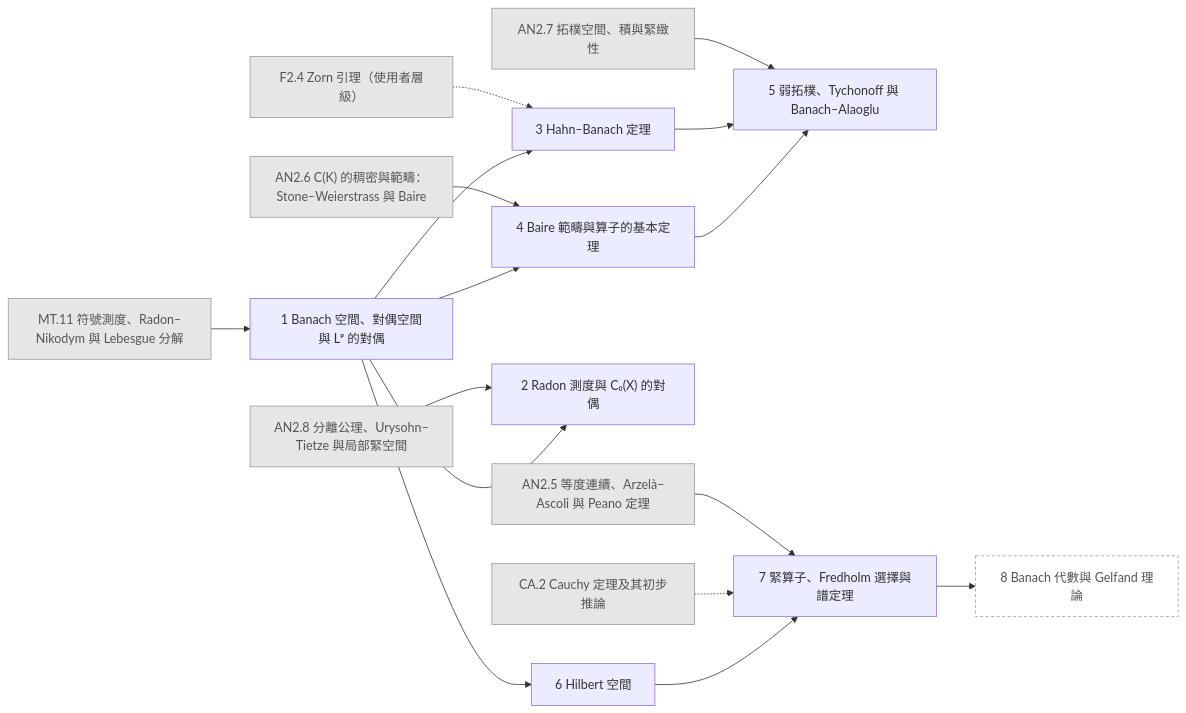
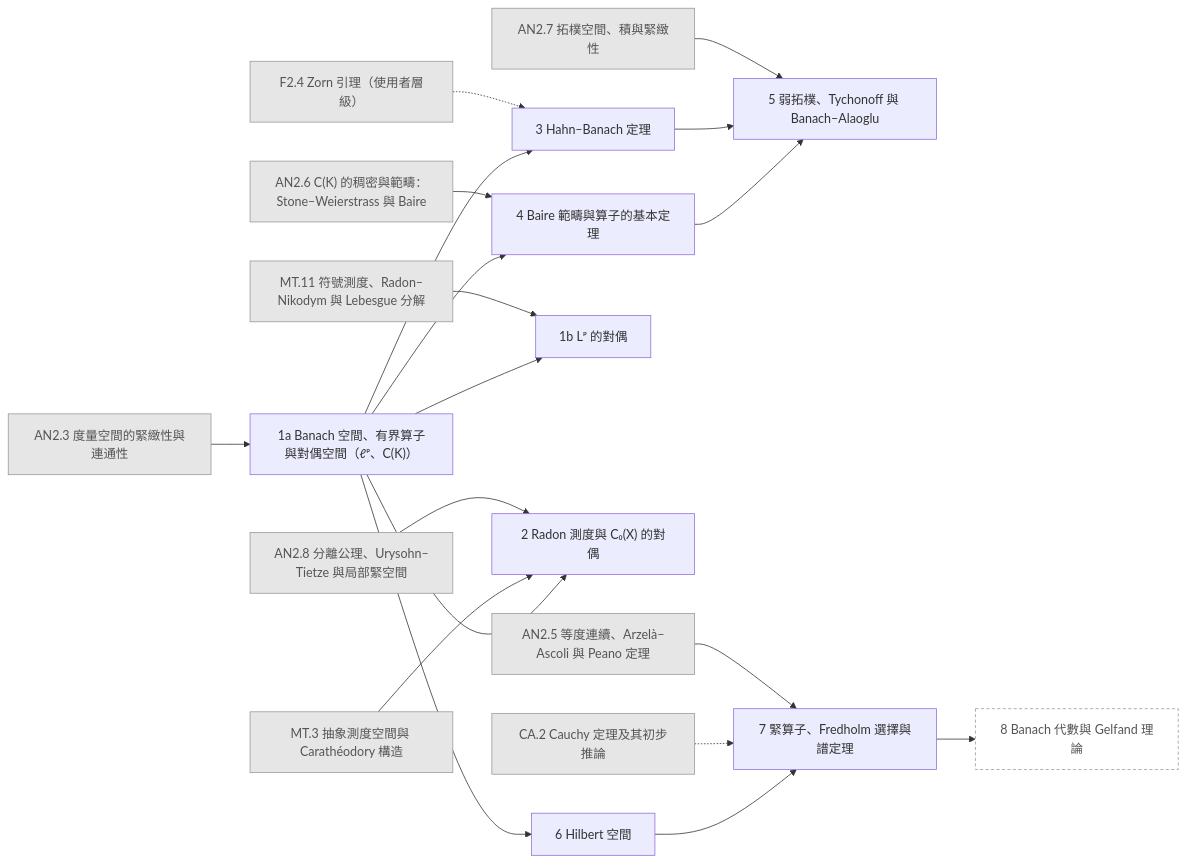
One commit to AkizumiFox/math-atlas changed the diagram in generated/chapters/FA.mmd. Above: the diagram before and after it, drawn with Mermaid. The commit also changed 11 other files, not shown here.

```diff
--- a/generated/chapters/FA.mmd
+++ b/generated/chapters/FA.mmd
@@ -1,34 +1,40 @@
 flowchart LR
   F2_4["F2.4 Zorn 引理（使用者層級）"]:::ext
+  AN2_3["AN2.3 度量空間的緊緻性與連通性"]:::ext
   AN2_5["AN2.5 等度連續、Arzelà–Ascoli 與 Peano 定理"]:::ext
   AN2_6["AN2.6 C(K) 的稠密與範疇：Stone–Weierstrass 與 Baire"]:::ext
   AN2_7["AN2.7 拓樸空間、積與緊緻性"]:::ext
   AN2_8["AN2.8 分離公理、Urysohn–Tietze 與局部緊空間"]:::ext
+  MT_3["MT.3 抽象測度空間與 Carathéodory 構造"]:::ext
   MT_11["MT.11 符號測度、Radon–Nikodym 與 Lebesgue 分解"]:::ext
   CA_2["CA.2 Cauchy 定理及其初步推論"]:::ext
-  FA_1["1 Banach 空間、對偶空間與 Lᵖ 的對偶"]
+  FA_1a["1a Banach 空間、有界算子與對偶空間（ℓᵖ、C(K)）"]
+  FA_1b["1b Lᵖ 的對偶"]
   FA_2["2 Radon 測度與 C₀(X) 的對偶"]
   FA_3["3 Hahn–Banach 定理"]
   FA_4["4 Baire 範疇與算子的基本定理"]
   FA_5["5 弱拓樸、Tychonoff 與 Banach–Alaoglu"]
   FA_6["6 Hilbert 空間"]
   FA_7["7 緊算子、Fredholm 選擇與譜定理"]
   FA_8["8 Banach 代數與 Gelfand 理論"]:::opt
-  MT_11 --> FA_1
+  AN2_3 --> FA_1a
+  MT_11 --> FA_1b
+  FA_1a --> FA_1b
   AN2_8 --> FA_2
-  FA_1 --> FA_2
+  MT_3 --> FA_2
+  FA_1a --> FA_2
   F2_4 -.-> FA_3
-  FA_1 --> FA_3
+  FA_1a --> FA_3
   AN2_6 --> FA_4
-  FA_1 --> FA_4
+  FA_1a --> FA_4
   AN2_7 --> FA_5
   FA_3 --> FA_5
   FA_4 --> FA_5
-  FA_1 --> FA_6
+  FA_1a --> FA_6
   AN2_5 --> FA_7
   CA_2 -.-> FA_7
   FA_6 --> FA_7
   FA_7 --> FA_8
   classDef ext fill:#e6e6e6,stroke:#999,color:#555
   classDef opt fill:#fff,stroke:#999,stroke-dasharray:4 3,color:#555
   classDef segb fill:#f6f6fb,stroke:#99a,color:#333
```
